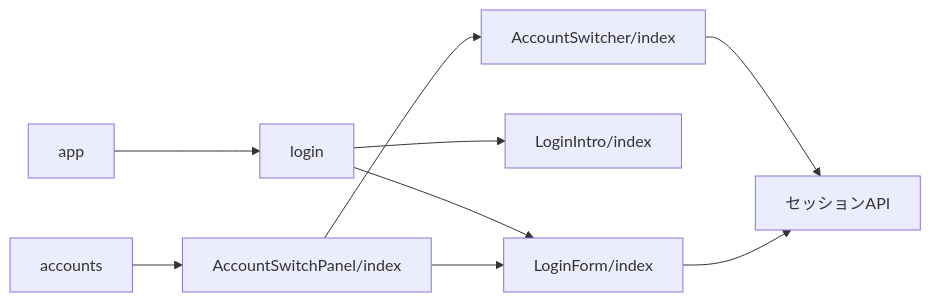
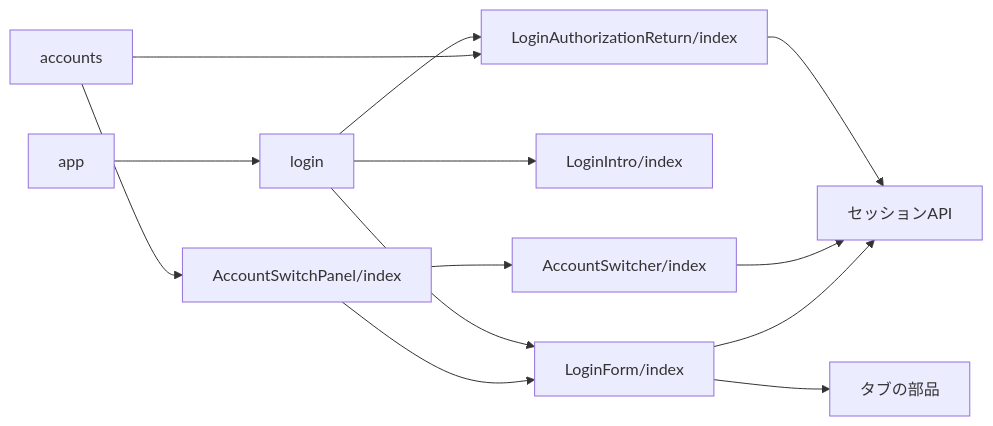
One commit to nekono-dev/skyshare changed the first of 3 diagrams in specs/login-accounts/design.md. Above: the diagram before and after it, drawn with Mermaid. The commit also changed other lines of this file and 19 other files, not shown here.

````diff
--- a/specs/login-accounts/design.md
+++ b/specs/login-accounts/design.md
@@ -19,11 +20,15 @@
 ```mermaid
 flowchart LR
   login --> LoginForm["LoginForm/index"]
   login --> LoginIntro["LoginIntro/index"]
+  login --> Return["LoginAuthorizationReturn/index"]
   accounts --> Panel["AccountSwitchPanel/index"]
+  accounts --> Return
+  LoginForm --> ext_tabs["タブの部品"]
+  Return --> ext_session
   Panel --> Switcher["AccountSwitcher/index"]
   Panel --> LoginForm
   Switcher --> ext_session["セッションAPI"]
   LoginForm --> ext_session
   app --> login
 ```
````
